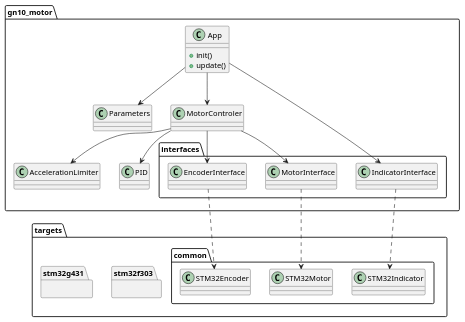
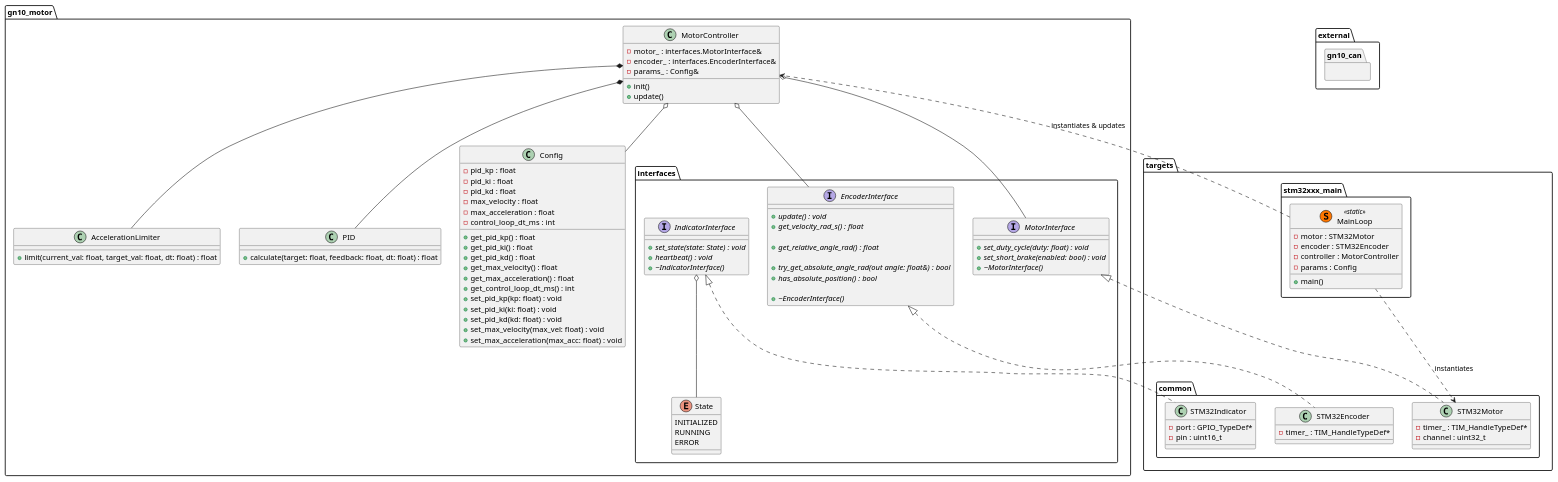
The diagram in uml/class.pu (ararobo/HTMDv2.2FW), drawn with PlantUML before and after one commit.

Commit message:
モーター動作部分のクラスアーキテクチャを煮詰めた

```diff
--- a/uml/class.pu
+++ b/uml/class.pu
@@ -1,58 +1,121 @@
-@startuml class
+@startuml motor_driver_architecture
 
-package gn10_motor {
-    class App {
-        +init()
-        +update()
+namespace gn10_motor {
+
+    class Config {
+        - pid_kp : float
+        - pid_ki : float
+        - pid_kd : float
+        - max_velocity : float
+        - max_acceleration : float
+        - control_loop_dt_ms : int
+        + get_pid_kp() : float
+        + get_pid_ki() : float
+        + get_pid_kd() : float
+        + get_max_velocity() : float
+        + get_max_acceleration() : float
+        + get_control_loop_dt_ms() : int
+        + set_pid_kp(kp: float) : void
+        + set_pid_ki(ki: float) : void
+        + set_pid_kd(kd: float) : void
+        + set_max_velocity(max_vel: float) : void
+        + set_max_acceleration(max_acc: float) : void
     }
 
-    class Parameters {
-    }
-
-    class MotorControler {
+    class MotorController {
+        - motor_ : interfaces.MotorInterface&
+        - encoder_ : interfaces.EncoderInterface&
+        - params_ : Config&
+        + init()
+        + update()
     }
 
     class AccelerationLimiter {
+        + limit(current_val: float, target_val: float, dt: float) : float
     }
 
     class PID {
+        + calculate(target: float, feedback: float, dt: float) : float
     }
 
-    package interfaces {
-        class MotorInterface {
+    namespace interfaces {
+        interface MotorInterface {
+            + {abstract} set_duty_cycle(duty: float) : void
+            + {abstract} set_short_brake(enabled: bool) : void
+            + {abstract} ~MotorInterface()
         }
-        class EncoderInterface {
+
+        interface EncoderInterface {
+            + {abstract} update() : void
+            + {abstract} get_velocity_rad_s() : float
+            
+            ' 積算角度（相対角）：起動時0スタート
+            + {abstract} get_relative_angle_rad() : float
+            
+            ' 絶対角度：非対応ならfalseを返す
+            + {abstract} try_get_absolute_angle_rad(out angle: float&) : bool
+            + {abstract} has_absolute_position() : bool
+            
+            + {abstract} ~EncoderInterface()
         }
-        class IndicatorInterface {
+
+        interface IndicatorInterface {
+            + {abstract} set_state(state: State) : void
+            + {abstract} heartbeat() : void
+            + {abstract} ~IndicatorInterface()
+        }
+
+        enum State {
+            INITIALIZED
+            RUNNING
+            ERROR
         }
     }
 
-    App --> MotorControler
-    App --> IndicatorInterface
-    App --> Parameters
-    MotorControler --> AccelerationLimiter
-    MotorControler --> PID
-    MotorControler --> MotorInterface
-    MotorControler --> EncoderInterface
+    MotorController *-- AccelerationLimiter
+    MotorController *-- PID
+    MotorController o-- interfaces.MotorInterface
+    MotorController o-- interfaces.EncoderInterface
+    MotorController o-- Config
+    IndicatorInterface o-- State
 }
 
-package targets {
-    package common {
-        class STM32Motor {
+namespace targets {
+    namespace common {
+        ' インターフェースを具体的に継承(実体化)
+        class STM32Motor implements gn10_motor.interfaces.MotorInterface {
+            - timer_ : TIM_HandleTypeDef*
+            - channel : uint32_t
         }
 
-        class STM32Encoder {
+        class STM32Encoder implements gn10_motor.interfaces.EncoderInterface {
+            - timer_ : TIM_HandleTypeDef*
         }
 
-        class STM32Indicator {
+        class STM32Indicator implements gn10_motor.interfaces.IndicatorInterface {
+            - port : GPIO_TypeDef*
+            - pin : uint16_t
         }
     }
-    package stm32f303 {
+
+    ' main.cppに相当するパッケージ
+    package stm32xxx_main {
+        
+        class MainLoop << (S,#FF7700) static >> {
+            - motor : STM32Motor
+            - encoder : STM32Encoder
+            - controller : MotorController
+            - params : Config
+            + main()
+        }
+        
+        MainLoop ..> gn10_motor.MotorController : "instantiates & updates"
+        MainLoop ..> targets.common.STM32Motor : "instantiates"
     }
-    package stm32g431 {
+}
+
+package external {
+    package gn10_can {
     }
-    gn10_motor.interfaces.MotorInterface ..> common.STM32Motor
-    gn10_motor.interfaces.EncoderInterface ..> common.STM32Encoder
-    gn10_motor.interfaces.IndicatorInterface ..> common.STM32Indicator
 }
 @enduml
```
